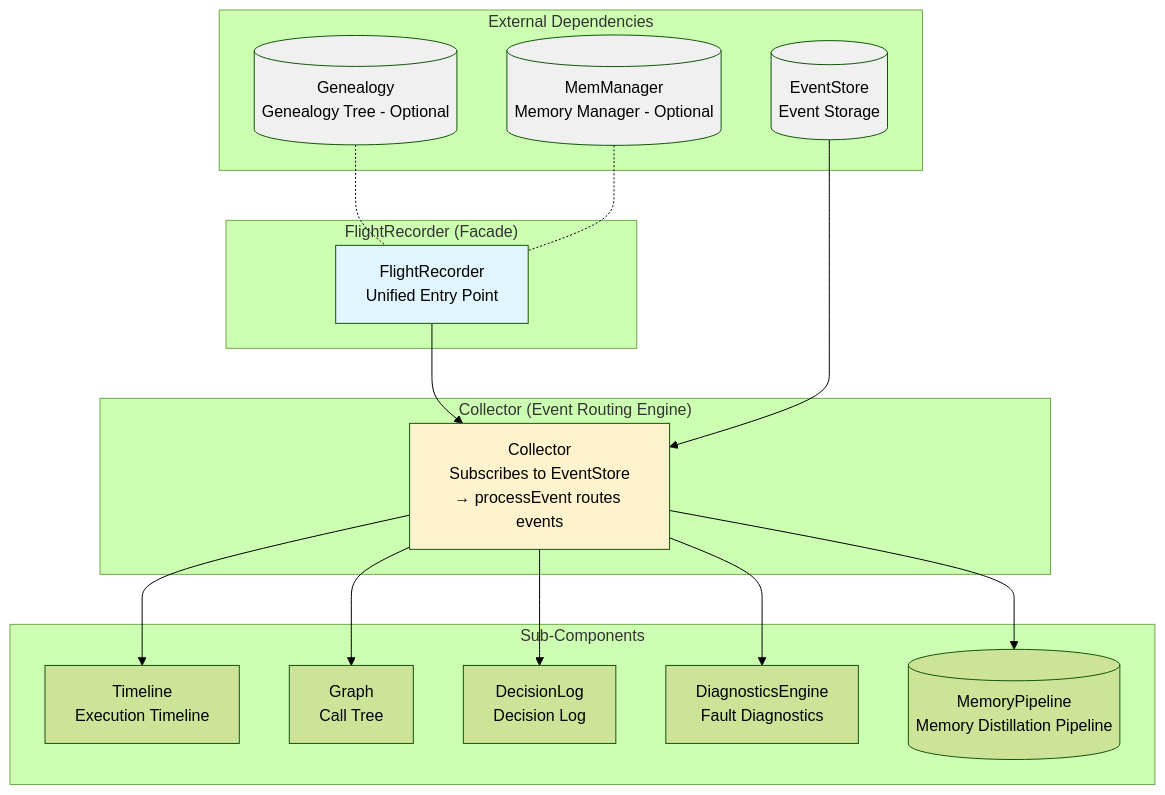
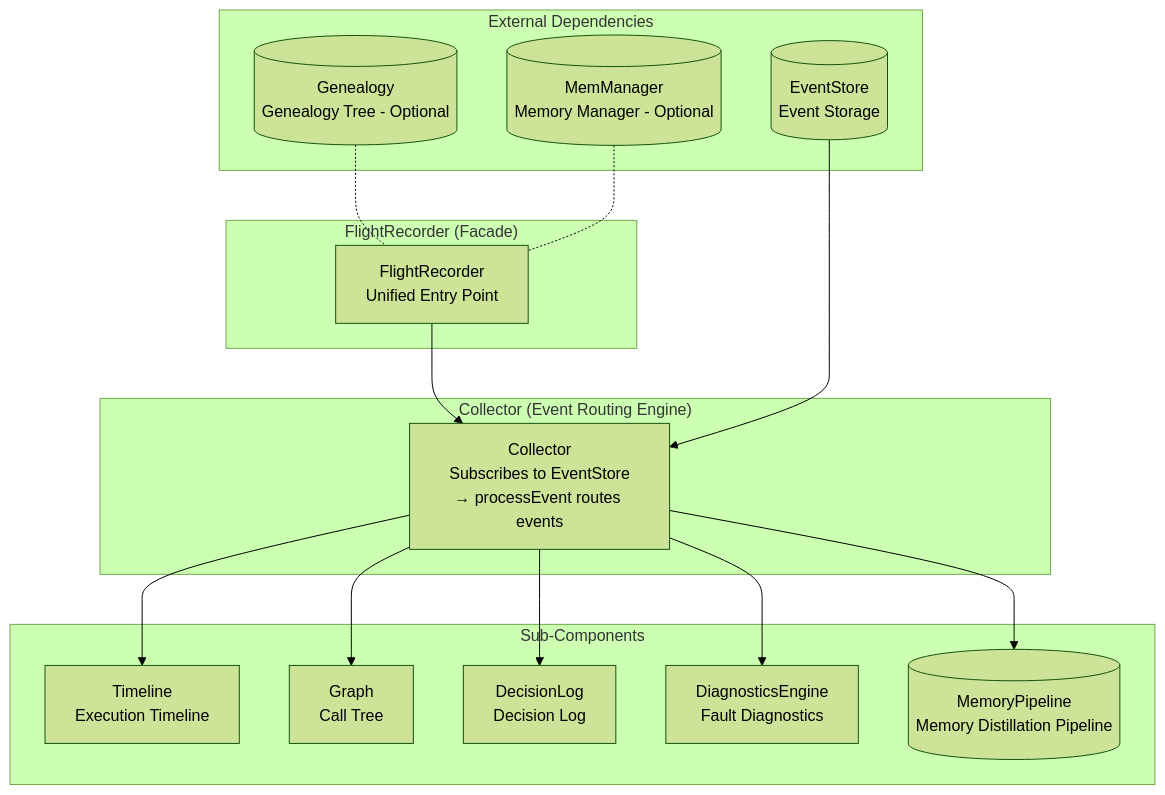
One commit to Timwood0x10/myblog changed the first of 3 diagrams in content/log/ARES/16-flight-recorder-deep-dive.md. Above: the diagram before and after it, drawn with Mermaid (forest theme). The commit also changed 11 other files, not shown here.

Commit message:
refactor(theme): unify Mermaid chart theme styles

````diff
--- a/content/log/ARES/16-flight-recorder-deep-dive.md
+++ b/content/log/ARES/16-flight-recorder-deep-dive.md
@@ -57,36 +57,31 @@
 ```mermaid
 graph TB
     subgraph "FlightRecorder (Facade)"
         FR[FlightRecorder<br/>Unified Entry Point]
     end
 
     subgraph "Collector (Event Routing Engine)"
         C[Collector<br/>Subscribes to EventStore<br/>→ processEvent routes events]
     end
 
     subgraph "Sub-Components"
         TL[Timeline<br/>Execution Timeline]
         GR[Graph<br/>Call Tree]
         DL[DecisionLog<br/>Decision Log]
         DE[DiagnosticsEngine<br/>Fault Diagnostics]
         PL[(MemoryPipeline<br/>Memory Distillation Pipeline)]
     end
 
     subgraph "External Dependencies"
         ES[(EventStore<br/>Event Storage)]
         MM[(MemManager<br/>Memory Manager - Optional)]
         GL[(Genealogy<br/>Genealogy Tree - Optional)]
     end
 
     FR --> C
     C --> TL & GR & DL & DE & PL
     GL -.- FR
     MM -.- FR
     ES --> C
 
-    style FR fill:#e1f5fe
-    style C fill:#fff3cd
-    style ES fill:#f0f0f0
-    style GL fill:#f0f0f0
-    style MM fill:#f0f0f0
 ```
````
